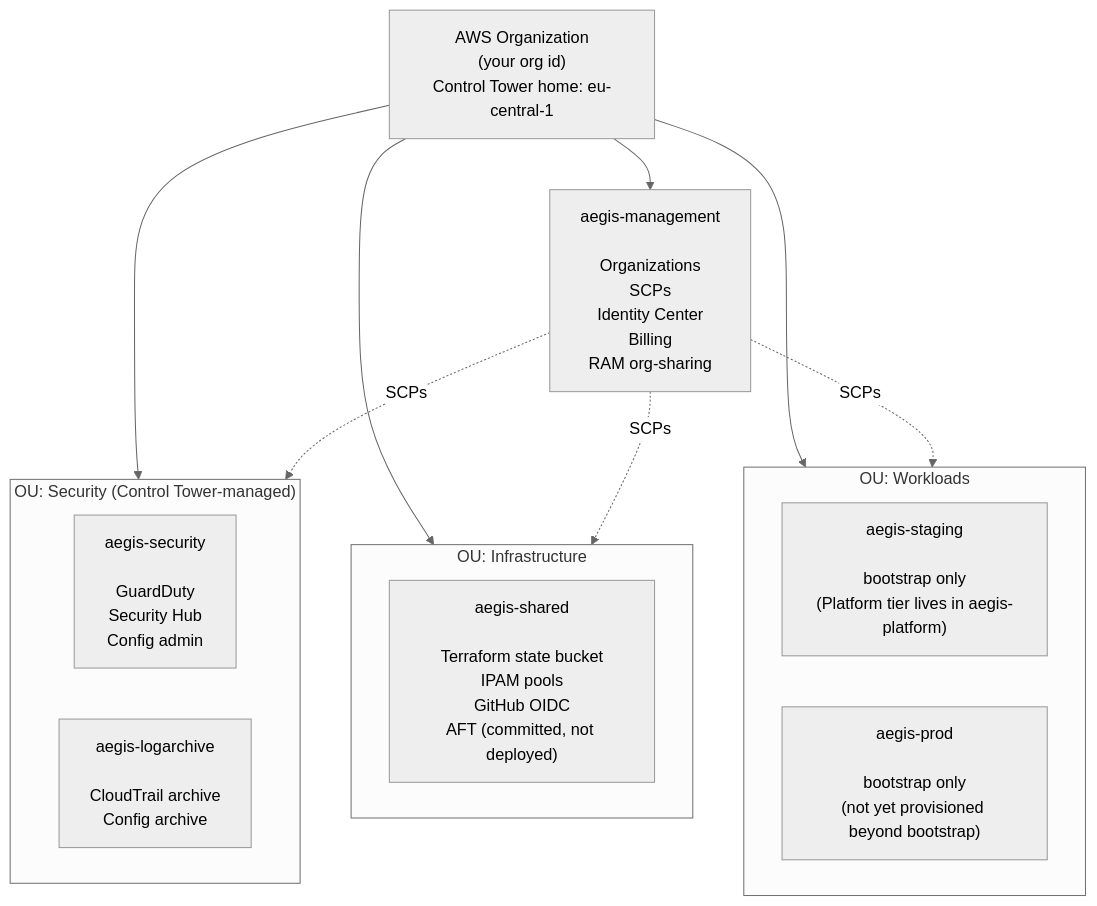
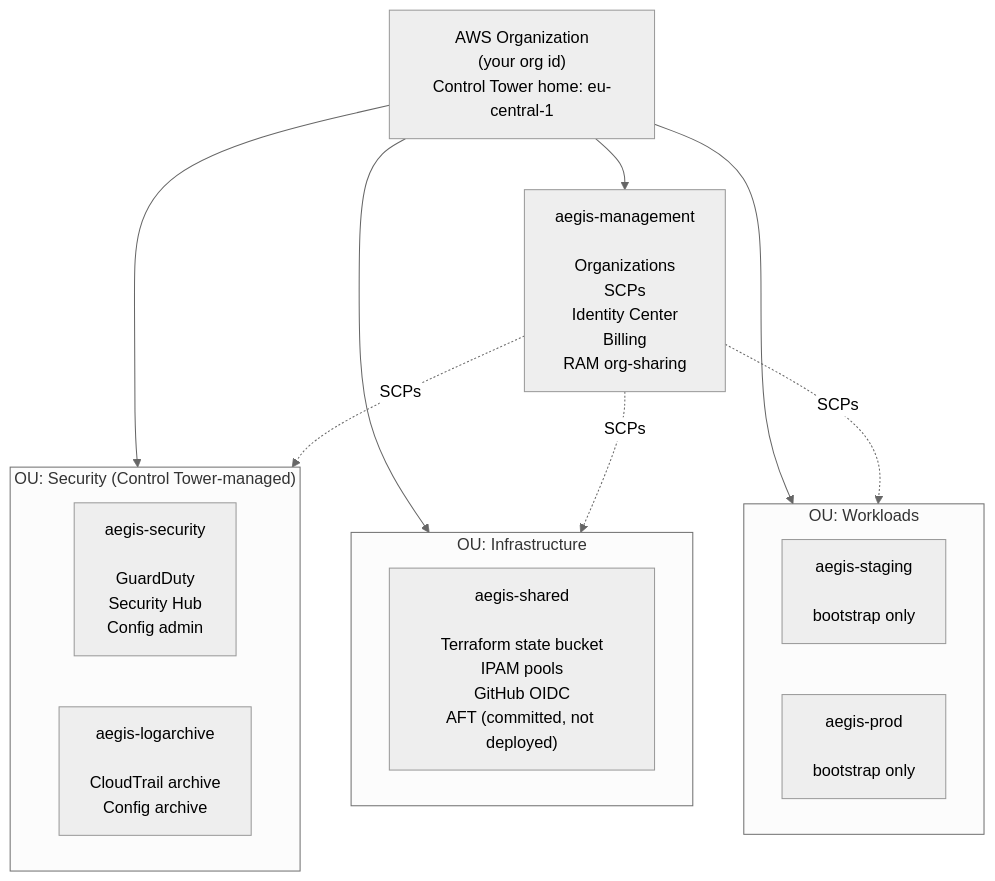
The first of 5 diagrams in docs/architecture.md (BinHsu/aegis-aws-landing-zone), drawn with Mermaid (neutral theme) before and after one commit. The commit also changed other lines of this file and 53 other files, not shown here.

````diff
--- a/docs/architecture.md
+++ b/docs/architecture.md
@@ -16,28 +16,28 @@
 ```mermaid
 flowchart TB
   Org["AWS Organization<br/>(your org id)<br/>Control Tower home: eu-central-1"]
 
   Mgmt["aegis-management<br/><br/>Organizations<br/>SCPs<br/>Identity Center<br/>Billing<br/>RAM org-sharing"]
 
   subgraph Security["OU: Security (Control Tower-managed)"]
     Sec["aegis-security<br/><br/>GuardDuty<br/>Security Hub<br/>Config admin"]
     Log["aegis-logarchive<br/><br/>CloudTrail archive<br/>Config archive"]
   end
 
   subgraph Infra["OU: Infrastructure"]
     Shared["aegis-shared<br/><br/>Terraform state bucket<br/>IPAM pools<br/>GitHub OIDC<br/>AFT (committed, not deployed)"]
   end
 
   subgraph Work["OU: Workloads"]
-    Stg["aegis-staging<br/><br/>bootstrap only<br/>(Platform tier lives in aegis-platform)"]
-    Prd["aegis-prod<br/><br/>bootstrap only<br/>(not yet provisioned beyond bootstrap)"]
+    Stg["aegis-staging<br/><br/>bootstrap only"]
+    Prd["aegis-prod<br/><br/>bootstrap only"]
   end
 
   Org --> Mgmt
   Org --> Security
   Org --> Infra
   Org --> Work
   Mgmt -. SCPs .-> Security
   Mgmt -. SCPs .-> Infra
   Mgmt -. SCPs .-> Work
 ```
````
